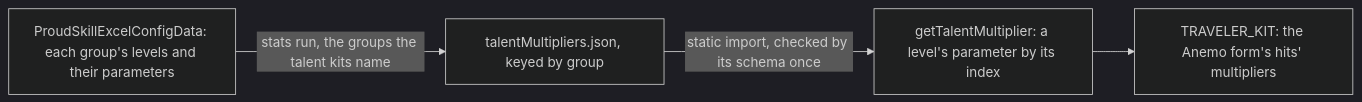
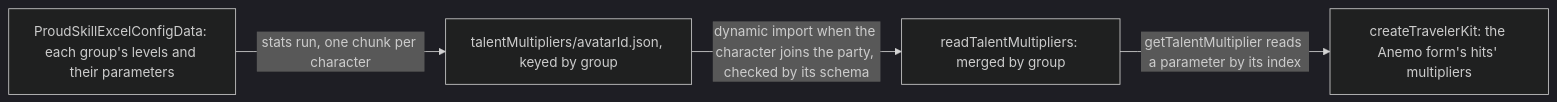
One commit to Esposter/Esposter changed the second of 2 diagrams in apps/web/content/docs/genshin/character-kits.md. Above: the diagram before and after it, drawn with Mermaid (dark theme). The commit also changed other lines of this file and 3 other files, not shown here.

First line of the commit message:
docs(genshin): the talent multipliers are a chunk per character, loaded as the character joins the party, and the rule for generated tables lives in the engine skill

````diff
--- a/apps/web/content/docs/genshin/character-kits.md
+++ b/apps/web/content/docs/genshin/character-kits.md
@@ -31,6 +33,6 @@
 ```mermaid
 flowchart LR
-  P["ProudSkillExcelConfigData: each group's levels and their parameters"] -->|"stats run, the groups the talent kits name"| M["talentMultipliers.json, keyed by group"]
-  M -->|"static import, checked by its schema once"| G["getTalentMultiplier: a level's parameter by its index"]
-  G --> T["TRAVELER_KIT: the Anemo form's hits' multipliers"]
+  P["ProudSkillExcelConfigData: each group's levels and their parameters"] -->|"stats run, one chunk per character"| M["talentMultipliers/avatarId.json, keyed by group"]
+  M -->|"dynamic import when the character joins the party, checked by its schema"| R["readTalentMultipliers: merged by group"]
+  R -->|"getTalentMultiplier reads a parameter by its index"| T["createTravelerKit: the Anemo form's hits' multipliers"]
 ```
````
